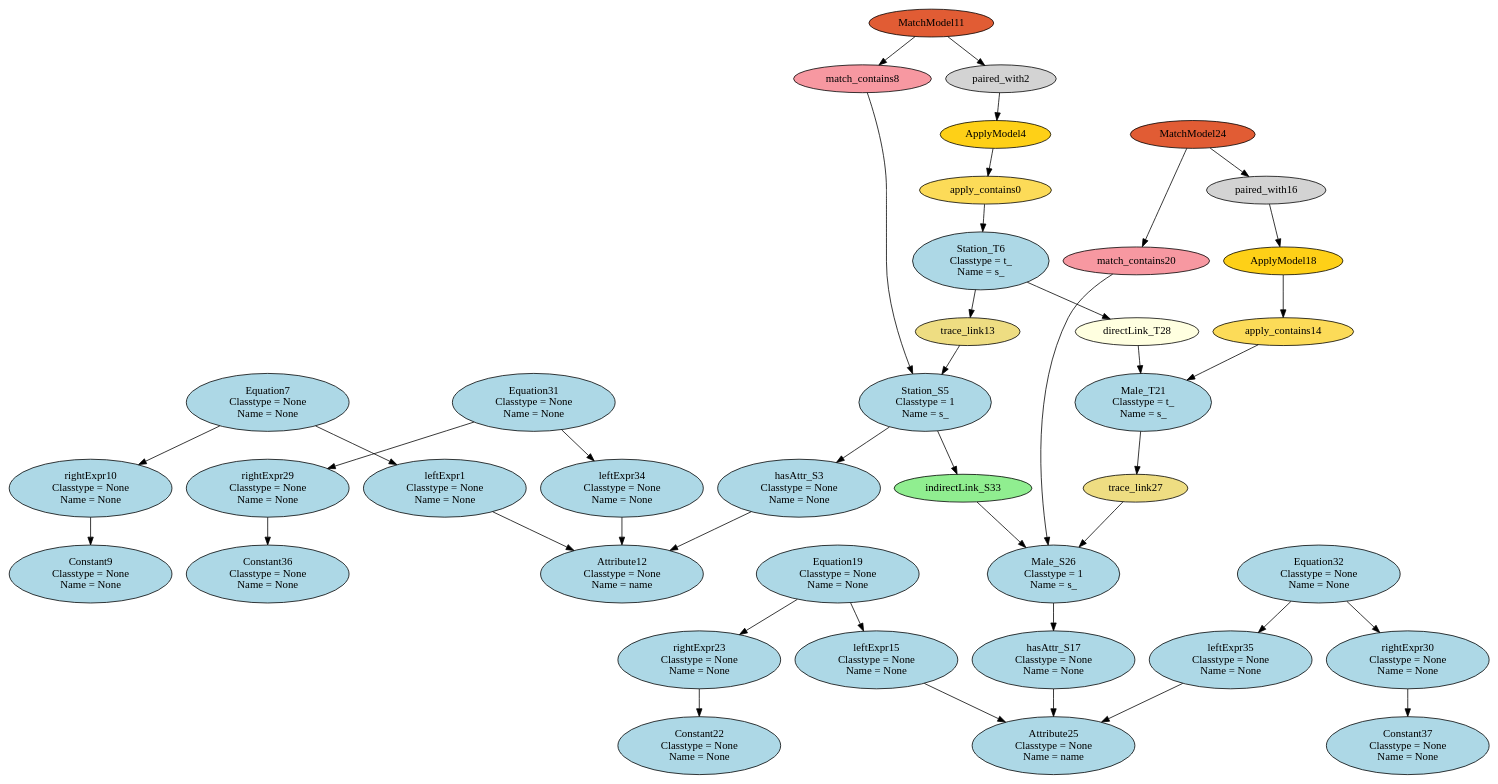
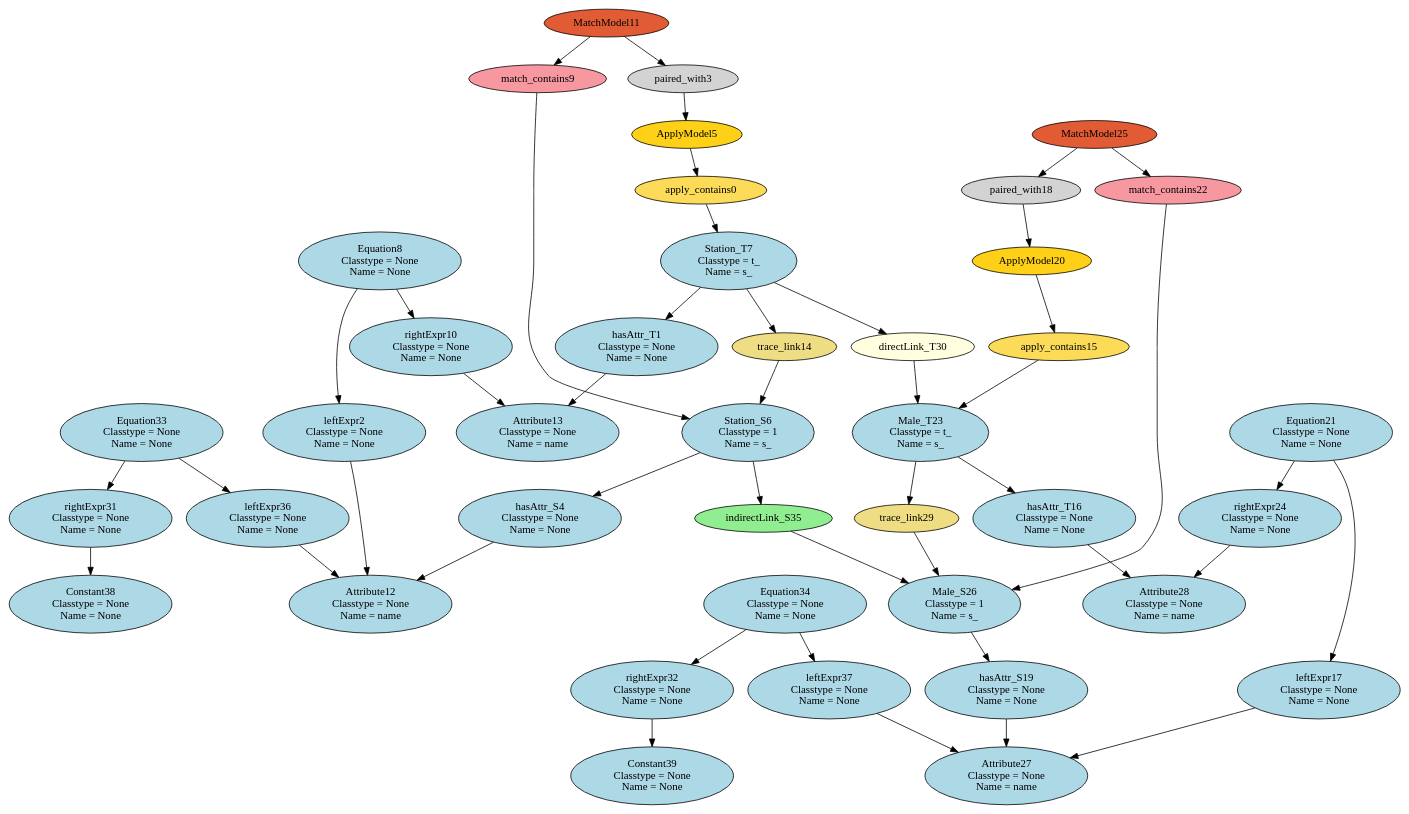
One commit to levilucio/SyVOLT changed the diagram in dot/HEmptyPathCondition_HS2S_HM2M_HSM2SM.dot. Above: the diagram before and after it, drawn with Graphviz. The commit also changed 20 other files, not shown here.

```diff
--- a/dot/HEmptyPathCondition_HS2S_HM2M_HSM2SM.dot
+++ b/dot/HEmptyPathCondition_HS2S_HM2M_HSM2SM.dot
@@ -1,80 +1,86 @@
 digraph HEmptyPathCondition_HS2S_HM2M_HSM2SM {
 apply_contains0 [style=filled, fillcolor="#FCDB58"];
-"leftExpr1\n Classtype = None\n Name = None" [style=filled, fillcolor=lightblue];
-paired_with2 [style=filled, fillcolor=lightgray];
-"hasAttr_S3\n Classtype = None\n Name = None" [style=filled, fillcolor=lightblue];
-ApplyModel4 [style=filled, fillcolor="#FED017"];
-"Station_S5\n Classtype = 1\n Name = s_" [style=filled, fillcolor=lightblue];
-"Station_T6\n Classtype = t_\n Name = s_" [style=filled, fillcolor=lightblue];
-"Equation7\n Classtype = None\n Name = None" [style=filled, fillcolor=lightblue];
-match_contains8 [style=filled, fillcolor="#F798A1"];
-"Constant9\n Classtype = None\n Name = None" [style=filled, fillcolor=lightblue];
+"hasAttr_T1\n Classtype = None\n Name = None" [style=filled, fillcolor=lightblue];
+"leftExpr2\n Classtype = None\n Name = None" [style=filled, fillcolor=lightblue];
+paired_with3 [style=filled, fillcolor=lightgray];
+"hasAttr_S4\n Classtype = None\n Name = None" [style=filled, fillcolor=lightblue];
+ApplyModel5 [style=filled, fillcolor="#FED017"];
+"Station_S6\n Classtype = 1\n Name = s_" [style=filled, fillcolor=lightblue];
+"Station_T7\n Classtype = t_\n Name = s_" [style=filled, fillcolor=lightblue];
+"Equation8\n Classtype = None\n Name = None" [style=filled, fillcolor=lightblue];
+match_contains9 [style=filled, fillcolor="#F798A1"];
 "rightExpr10\n Classtype = None\n Name = None" [style=filled, fillcolor=lightblue];
 MatchModel11 [style=filled, fillcolor="#E15C34"];
 "Attribute12\n Classtype = None\n Name = name" [style=filled, fillcolor=lightblue];
-trace_link13 [style=filled, fillcolor=lightgoldenrod];
-apply_contains14 [style=filled, fillcolor="#FCDB58"];
-"leftExpr15\n Classtype = None\n Name = None" [style=filled, fillcolor=lightblue];
-paired_with16 [style=filled, fillcolor=lightgray];
-"hasAttr_S17\n Classtype = None\n Name = None" [style=filled, fillcolor=lightblue];
-ApplyModel18 [style=filled, fillcolor="#FED017"];
-"Equation19\n Classtype = None\n Name = None" [style=filled, fillcolor=lightblue];
-match_contains20 [style=filled, fillcolor="#F798A1"];
-"Male_T21\n Classtype = t_\n Name = s_" [style=filled, fillcolor=lightblue];
-"Constant22\n Classtype = None\n Name = None" [style=filled, fillcolor=lightblue];
-"rightExpr23\n Classtype = None\n Name = None" [style=filled, fillcolor=lightblue];
-MatchModel24 [style=filled, fillcolor="#E15C34"];
-"Attribute25\n Classtype = None\n Name = name" [style=filled, fillcolor=lightblue];
+"Attribute13\n Classtype = None\n Name = name" [style=filled, fillcolor=lightblue];
+trace_link14 [style=filled, fillcolor=lightgoldenrod];
+apply_contains15 [style=filled, fillcolor="#FCDB58"];
+"hasAttr_T16\n Classtype = None\n Name = None" [style=filled, fillcolor=lightblue];
+"leftExpr17\n Classtype = None\n Name = None" [style=filled, fillcolor=lightblue];
+paired_with18 [style=filled, fillcolor=lightgray];
+"hasAttr_S19\n Classtype = None\n Name = None" [style=filled, fillcolor=lightblue];
+ApplyModel20 [style=filled, fillcolor="#FED017"];
+"Equation21\n Classtype = None\n Name = None" [style=filled, fillcolor=lightblue];
+match_contains22 [style=filled, fillcolor="#F798A1"];
+"Male_T23\n Classtype = t_\n Name = s_" [style=filled, fillcolor=lightblue];
+"rightExpr24\n Classtype = None\n Name = None" [style=filled, fillcolor=lightblue];
+MatchModel25 [style=filled, fillcolor="#E15C34"];
 "Male_S26\n Classtype = 1\n Name = s_" [style=filled, fillcolor=lightblue];
-trace_link27 [style=filled, fillcolor=lightgoldenrod];
-"directLink_T28\n" [style=filled, fillcolor=lightyellow];
-"rightExpr29\n Classtype = None\n Name = None" [style=filled, fillcolor=lightblue];
-"rightExpr30\n Classtype = None\n Name = None" [style=filled, fillcolor=lightblue];
-"Equation31\n Classtype = None\n Name = None" [style=filled, fillcolor=lightblue];
-"Equation32\n Classtype = None\n Name = None" [style=filled, fillcolor=lightblue];
-indirectLink_S33 [style=filled, fillcolor=lightgreen];
-"leftExpr34\n Classtype = None\n Name = None" [style=filled, fillcolor=lightblue];
-"leftExpr35\n Classtype = None\n Name = None" [style=filled, fillcolor=lightblue];
-"Constant36\n Classtype = None\n Name = None" [style=filled, fillcolor=lightblue];
-"Constant37\n Classtype = None\n Name = None" [style=filled, fillcolor=lightblue];
-ApplyModel4 -> apply_contains0;
-apply_contains0 -> "Station_T6\n Classtype = t_\n Name = s_";
-"Equation7\n Classtype = None\n Name = None" -> "leftExpr1\n Classtype = None\n Name = None";
-"leftExpr1\n Classtype = None\n Name = None" -> "Attribute12\n Classtype = None\n Name = name";
-MatchModel11 -> paired_with2;
-paired_with2 -> ApplyModel4;
-"Station_S5\n Classtype = 1\n Name = s_" -> "hasAttr_S3\n Classtype = None\n Name = None";
-"hasAttr_S3\n Classtype = None\n Name = None" -> "Attribute12\n Classtype = None\n Name = name";
-match_contains8 -> "Station_S5\n Classtype = 1\n Name = s_";
-"Equation7\n Classtype = None\n Name = None" -> "rightExpr10\n Classtype = None\n Name = None";
-MatchModel11 -> match_contains8;
-"rightExpr10\n Classtype = None\n Name = None" -> "Constant9\n Classtype = None\n Name = None";
-trace_link13 -> "Station_S5\n Classtype = 1\n Name = s_";
-"Station_T6\n Classtype = t_\n Name = s_" -> trace_link13;
-ApplyModel18 -> apply_contains14;
-apply_contains14 -> "Male_T21\n Classtype = t_\n Name = s_";
-"Equation19\n Classtype = None\n Name = None" -> "leftExpr15\n Classtype = None\n Name = None";
-"leftExpr15\n Classtype = None\n Name = None" -> "Attribute25\n Classtype = None\n Name = name";
-MatchModel24 -> paired_with16;
-paired_with16 -> ApplyModel18;
-"Male_S26\n Classtype = 1\n Name = s_" -> "hasAttr_S17\n Classtype = None\n Name = None";
-"hasAttr_S17\n Classtype = None\n Name = None" -> "Attribute25\n Classtype = None\n Name = name";
-"Equation19\n Classtype = None\n Name = None" -> "rightExpr23\n Classtype = None\n Name = None";
-MatchModel24 -> match_contains20;
-match_contains20 -> "Male_S26\n Classtype = 1\n Name = s_";
-"rightExpr23\n Classtype = None\n Name = None" -> "Constant22\n Classtype = None\n Name = None";
-trace_link27 -> "Male_S26\n Classtype = 1\n Name = s_";
-"Male_T21\n Classtype = t_\n Name = s_" -> trace_link27;
-"Station_S5\n Classtype = 1\n Name = s_" -> indirectLink_S33;
-indirectLink_S33 -> "Male_S26\n Classtype = 1\n Name = s_";
-"Station_T6\n Classtype = t_\n Name = s_" -> "directLink_T28\n";
-"directLink_T28\n" -> "Male_T21\n Classtype = t_\n Name = s_";
-"Equation31\n Classtype = None\n Name = None" -> "rightExpr29\n Classtype = None\n Name = None";
-"Equation31\n Classtype = None\n Name = None" -> "leftExpr34\n Classtype = None\n Name = None";
-"rightExpr29\n Classtype = None\n Name = None" -> "Constant36\n Classtype = None\n Name = None";
-"Equation32\n Classtype = None\n Name = None" -> "rightExpr30\n Classtype = None\n Name = None";
-"Equation32\n Classtype = None\n Name = None" -> "leftExpr35\n Classtype = None\n Name = None";
-"rightExpr30\n Classtype = None\n Name = None" -> "Constant37\n Classtype = None\n Name = None";
-"leftExpr34\n Classtype = None\n Name = None" -> "Attribute12\n Classtype = None\n Name = name";
-"leftExpr35\n Classtype = None\n Name = None" -> "Attribute25\n Classtype = None\n Name = name";
+"Attribute27\n Classtype = None\n Name = name" [style=filled, fillcolor=lightblue];
+"Attribute28\n Classtype = None\n Name = name" [style=filled, fillcolor=lightblue];
+trace_link29 [style=filled, fillcolor=lightgoldenrod];
+"directLink_T30\n" [style=filled, fillcolor=lightyellow];
+"rightExpr31\n Classtype = None\n Name = None" [style=filled, fillcolor=lightblue];
+"rightExpr32\n Classtype = None\n Name = None" [style=filled, fillcolor=lightblue];
+"Equation33\n Classtype = None\n Name = None" [style=filled, fillcolor=lightblue];
+"Equation34\n Classtype = None\n Name = None" [style=filled, fillcolor=lightblue];
+indirectLink_S35 [style=filled, fillcolor=lightgreen];
+"leftExpr36\n Classtype = None\n Name = None" [style=filled, fillcolor=lightblue];
+"leftExpr37\n Classtype = None\n Name = None" [style=filled, fillcolor=lightblue];
+"Constant38\n Classtype = None\n Name = None" [style=filled, fillcolor=lightblue];
+"Constant39\n Classtype = None\n Name = None" [style=filled, fillcolor=lightblue];
+ApplyModel5 -> apply_contains0;
+apply_contains0 -> "Station_T7\n Classtype = t_\n Name = s_";
+"Station_T7\n Classtype = t_\n Name = s_" -> "hasAttr_T1\n Classtype = None\n Name = None";
+"hasAttr_T1\n Classtype = None\n Name = None" -> "Attribute13\n Classtype = None\n Name = name";
+"Equation8\n Classtype = None\n Name = None" -> "leftExpr2\n Classtype = None\n Name = None";
+"leftExpr2\n Classtype = None\n Name = None" -> "Attribute12\n Classtype = None\n Name = name";
+MatchModel11 -> paired_with3;
+paired_with3 -> ApplyModel5;
+"Station_S6\n Classtype = 1\n Name = s_" -> "hasAttr_S4\n Classtype = None\n Name = None";
+"hasAttr_S4\n Classtype = None\n Name = None" -> "Attribute12\n Classtype = None\n Name = name";
+match_contains9 -> "Station_S6\n Classtype = 1\n Name = s_";
+"Equation8\n Classtype = None\n Name = None" -> "rightExpr10\n Classtype = None\n Name = None";
+MatchModel11 -> match_contains9;
+"rightExpr10\n Classtype = None\n Name = None" -> "Attribute13\n Classtype = None\n Name = name";
+trace_link14 -> "Station_S6\n Classtype = 1\n Name = s_";
+"Station_T7\n Classtype = t_\n Name = s_" -> trace_link14;
+ApplyModel20 -> apply_contains15;
+apply_contains15 -> "Male_T23\n Classtype = t_\n Name = s_";
+"Male_T23\n Classtype = t_\n Name = s_" -> "hasAttr_T16\n Classtype = None\n Name = None";
+"hasAttr_T16\n Classtype = None\n Name = None" -> "Attribute28\n Classtype = None\n Name = name";
+"Equation21\n Classtype = None\n Name = None" -> "leftExpr17\n Classtype = None\n Name = None";
+"leftExpr17\n Classtype = None\n Name = None" -> "Attribute27\n Classtype = None\n Name = name";
+MatchModel25 -> paired_with18;
+paired_with18 -> ApplyModel20;
+"Male_S26\n Classtype = 1\n Name = s_" -> "hasAttr_S19\n Classtype = None\n Name = None";
+"hasAttr_S19\n Classtype = None\n Name = None" -> "Attribute27\n Classtype = None\n Name = name";
+"Equation21\n Classtype = None\n Name = None" -> "rightExpr24\n Classtype = None\n Name = None";
+MatchModel25 -> match_contains22;
+match_contains22 -> "Male_S26\n Classtype = 1\n Name = s_";
+"rightExpr24\n Classtype = None\n Name = None" -> "Attribute28\n Classtype = None\n Name = name";
+trace_link29 -> "Male_S26\n Classtype = 1\n Name = s_";
+"Male_T23\n Classtype = t_\n Name = s_" -> trace_link29;
+"Station_S6\n Classtype = 1\n Name = s_" -> indirectLink_S35;
+indirectLink_S35 -> "Male_S26\n Classtype = 1\n Name = s_";
+"Station_T7\n Classtype = t_\n Name = s_" -> "directLink_T30\n";
+"directLink_T30\n" -> "Male_T23\n Classtype = t_\n Name = s_";
+"Equation33\n Classtype = None\n Name = None" -> "rightExpr31\n Classtype = None\n Name = None";
+"Equation33\n Classtype = None\n Name = None" -> "leftExpr36\n Classtype = None\n Name = None";
+"rightExpr31\n Classtype = None\n Name = None" -> "Constant38\n Classtype = None\n Name = None";
+"Equation34\n Classtype = None\n Name = None" -> "rightExpr32\n Classtype = None\n Name = None";
+"Equation34\n Classtype = None\n Name = None" -> "leftExpr37\n Classtype = None\n Name = None";
+"rightExpr32\n Classtype = None\n Name = None" -> "Constant39\n Classtype = None\n Name = None";
+"leftExpr36\n Classtype = None\n Name = None" -> "Attribute12\n Classtype = None\n Name = name";
+"leftExpr37\n Classtype = None\n Name = None" -> "Attribute27\n Classtype = None\n Name = name";
 }
```
